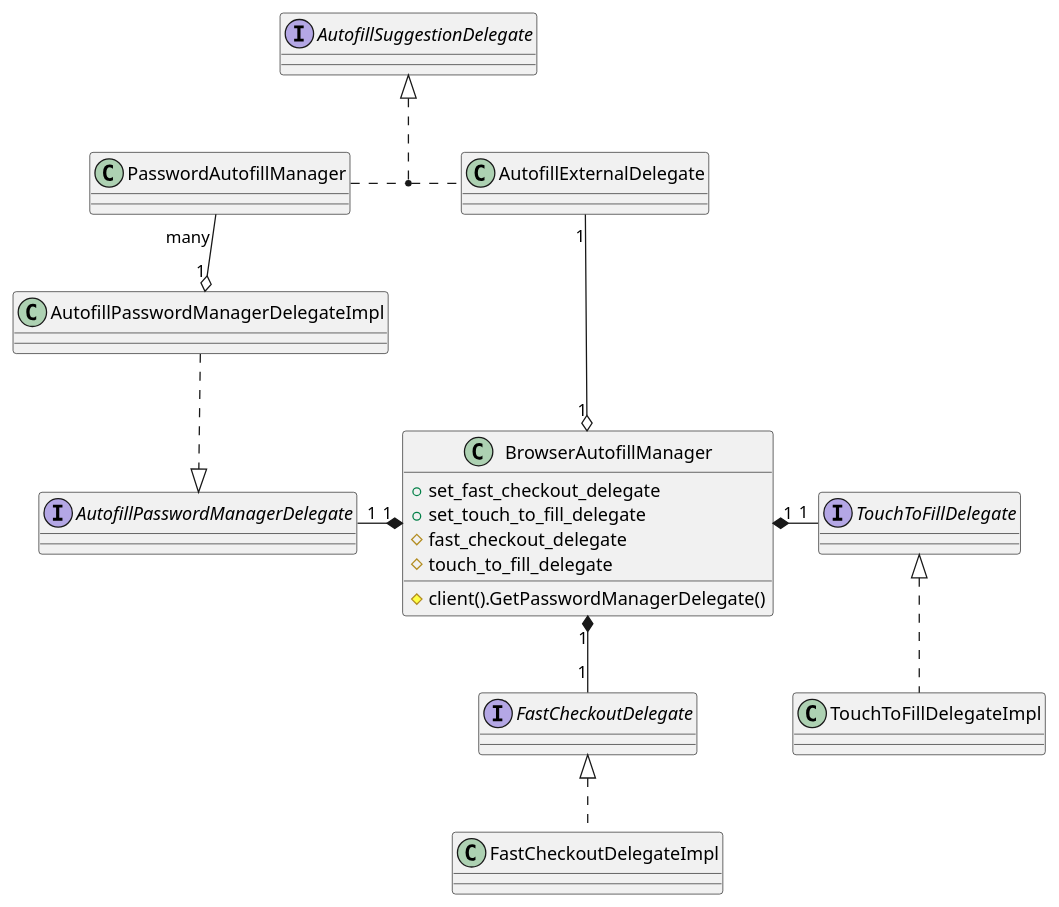
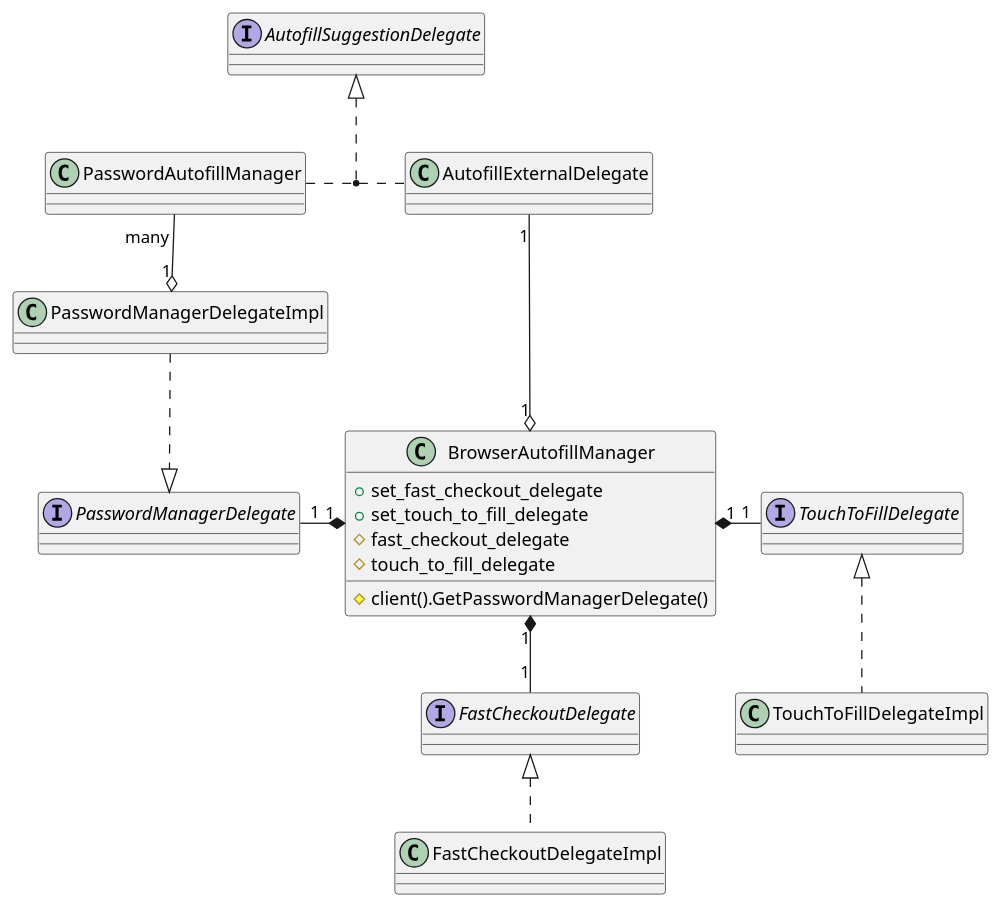
Before and after one commit to benji-cannot-code/fast-vc-chromium-benchmark-run-4: the diagram in components/autofill/core/browser/integrators/README_class.plantuml, drawn with PlantUML. The commit also changed 15 other files, not shown here.

First line of the commit message:
[Autofill] Drop Autofill from AutofillPasswordManagerDelegate

```diff
--- a/components/autofill/core/browser/integrators/README_class.plantuml
+++ b/components/autofill/core/browser/integrators/README_class.plantuml
@@ -15,35 +15,35 @@
 @startuml
 interface "TouchToFillDelegate" as ttfd
 interface "FastCheckoutDelegate" as fcod
-interface "AutofillPasswordManagerDelegate" as pmd
+interface "PasswordManagerDelegate" as pmd
 interface "AutofillSuggestionDelegate" as asd
 class "AutofillExternalDelegate" as aed
-class "AutofillPasswordManagerDelegateImpl" as pmdi
+class "PasswordManagerDelegateImpl" as pmdi
 class "PasswordAutofillManager" as pam
 class "BrowserAutofillManager" as bam {
   + set_fast_checkout_delegate
   + set_touch_to_fill_delegate
   # fast_checkout_delegate
   # client().GetPasswordManagerDelegate()
   # touch_to_fill_delegate
 }
 
 'The BrowserAutofillManager has numerous delegates to different components.
 pmd "1" -* "1" bam
 bam "1" *- "1" ttfd
 bam "1" *-- "1" fcod
 aed "1" ---o "1" bam
 
 'Pwd Autofill manager and external delegate implement the same interface.
 'Eventually, the pam should not implement the aed anymore but purely communicate
 'with the bam.
 pam . aed
 asd <|.. (pam, aed)
 
 'Each delegate is implemented by a respective impl class in its component.
 pam "many" --o "1" pmdi
 pmdi ..|> pmd
 ttfd <|.. TouchToFillDelegateImpl
 fcod <|.. FastCheckoutDelegateImpl
 
 @enduml
```
